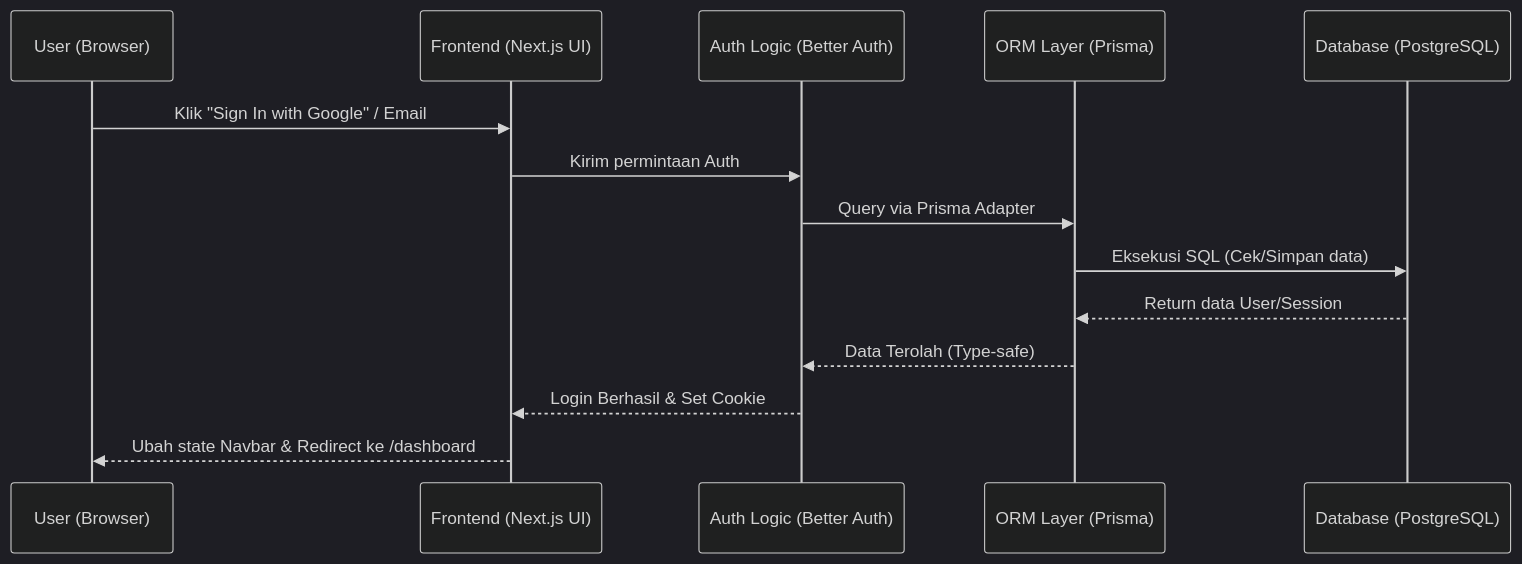
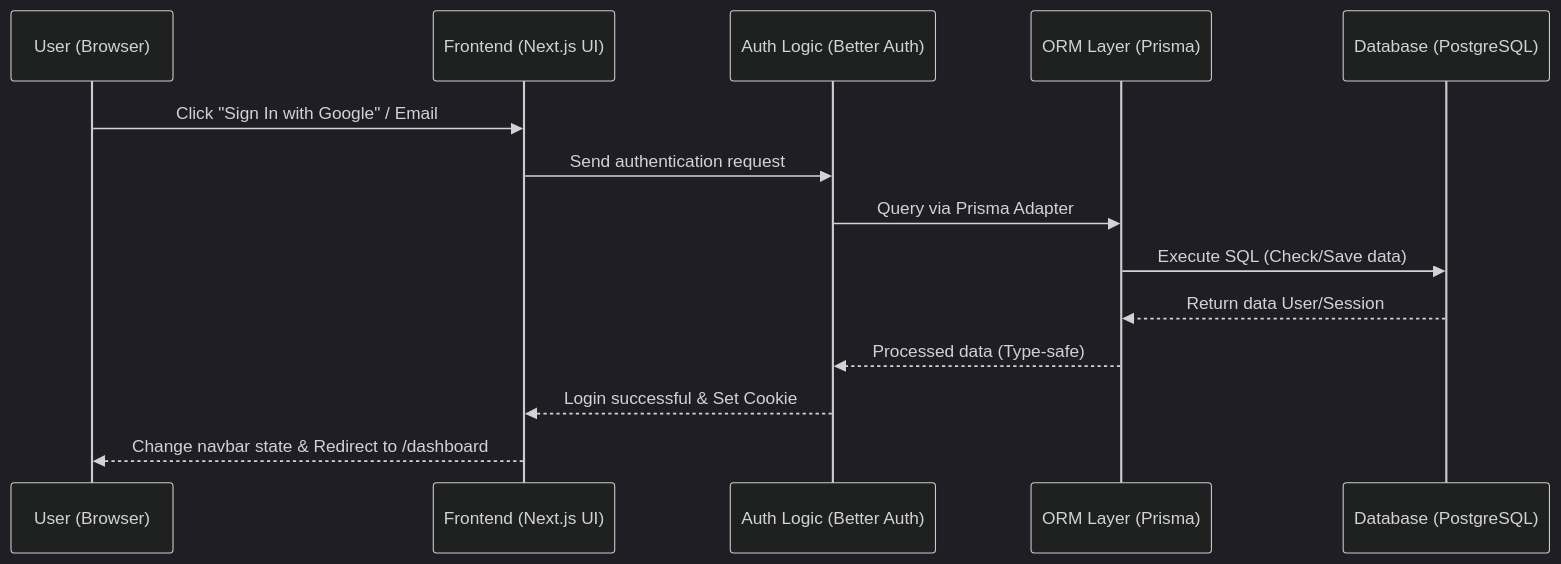
One commit to nursyamsu-official/boilerplate changed the diagram in docs/prd/prd-authentication.md. Above: the diagram before and after it, drawn with Mermaid (dark theme). The commit also changed other lines of this file and 37 other files, not shown here.

Commit message:
add and modify prd authtentication and plans authentication + build. So if further not used this build, but save or copy the authtentication PRD and plans

````diff
--- a/docs/prd/prd-authentication.md
+++ b/docs/prd/prd-authentication.md
@@ -53,17 +136,17 @@
 ```mermaid
 sequenceDiagram
     participant U as User (Browser)
     participant F as Frontend (Next.js UI)
     participant A as Auth Logic (Better Auth)
     participant P as ORM Layer (Prisma)
     participant DB as Database (PostgreSQL)
 
-    U->>F: Klik "Sign In with Google" / Email
-    F->>A: Kirim permintaan Auth
+    U->>F: Click "Sign In with Google" / Email
+    F->>A: Send authentication request
     A->>P: Query via Prisma Adapter
-    P->>DB: Eksekusi SQL (Cek/Simpan data)
+    P->>DB: Execute SQL (Check/Save data)
     DB-->>P: Return data User/Session
-    P-->>A: Data Terolah (Type-safe)
-    A-->>F: Login Berhasil & Set Cookie
-    F-->>U: Ubah state Navbar & Redirect ke /dashboard
+    P-->>A: Processed data (Type-safe)
+    A-->>F: Login successful & Set Cookie
+    F-->>U: Change navbar state & Redirect to /dashboard
 ```
````
